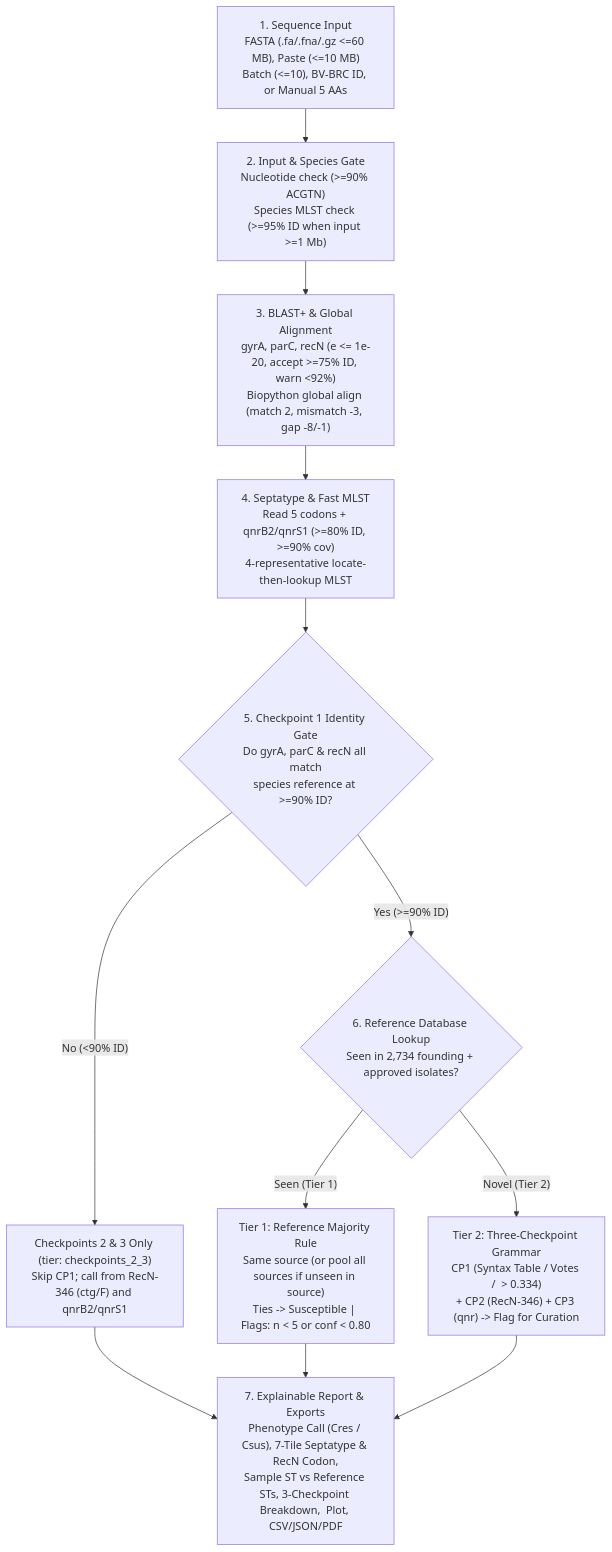
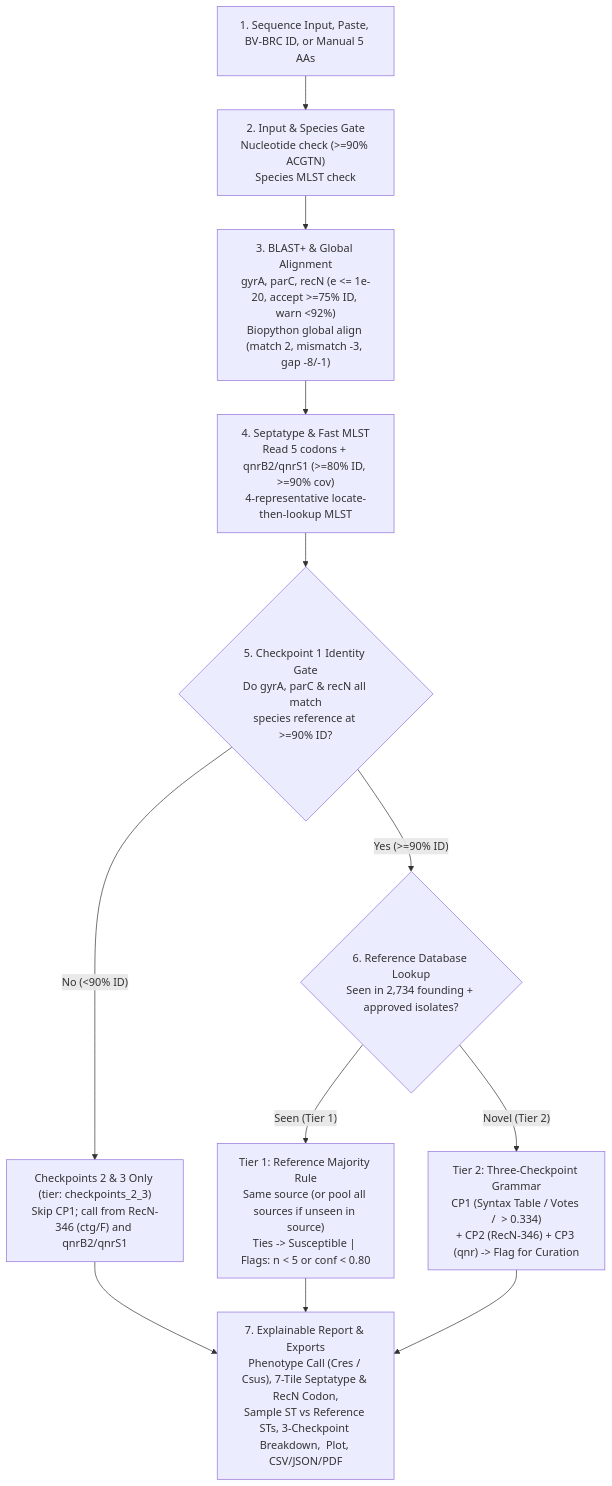
Before and after one commit to ikbalsk/Septatyper: the first of 3 diagrams in readme.md, drawn with Mermaid.

Commit message:
Refine sequence input descriptions in README
Updated sequence input descriptions for clarity.

````diff
--- a/readme.md
+++ b/readme.md
@@ -86,14 +86,14 @@
 ```mermaid
 flowchart TD
-    A["1. Sequence Input<br/>FASTA (.fa/.fna/.gz <=60 MB), Paste (<=10 MB)<br/>Batch (<=10), BV-BRC ID, or Manual 5 AAs"] --> B["2. Input & Species Gate<br/>Nucleotide check (>=90% ACGTN)<br/>Species MLST check (>=95% ID when input >=1 Mb)"]
+    A["1. Sequence Input, Paste, BV-BRC ID, or Manual 5 AAs"] --> B["2. Input & Species Gate<br/>Nucleotide check (>=90% ACGTN)<br/>Species MLST check"]
     B --> C["3. BLAST+ & Global Alignment<br/>gyrA, parC, recN (e <= 1e-20, accept >=75% ID, warn <92%)<br/>Biopython global align (match 2, mismatch -3, gap -8/-1)"]
     C --> D["4. Septatype & Fast MLST<br/>Read 5 codons + qnrB2/qnrS1 (>=80% ID, >=90% cov)<br/>4-representative locate-then-lookup MLST"]
     D --> E{"5. Checkpoint 1 Identity Gate<br/>Do gyrA, parC & recN all match<br/>species reference at >=90% ID?"}
     E -- "No (<90% ID)" --> F["Checkpoints 2 & 3 Only (tier: checkpoints_2_3)<br/>Skip CP1; call from RecN-346 (ctg/F) and qnrB2/qnrS1"]
     E -- "Yes (>=90% ID)" --> G{"6. Reference Database Lookup<br/>Seen in 2,734 founding + approved isolates?"}
     G -- "Seen (Tier 1)" --> H["Tier 1: Reference Majority Rule<br/>Same source (or pool all sources if unseen in source)<br/>Ties -> Susceptible | Flags: n < 5 or conf < 0.80"]
     G -- "Novel (Tier 2)" --> I["Tier 2: Three-Checkpoint Grammar<br/>CP1 (Syntax Table / Votes / <H> > 0.334)<br/>+ CP2 (RecN-346) + CP3 (qnr) -> Flag for Curation"]
     F --> J["7. Explainable Report & Exports<br/>Phenotype Call (Cres / Csus), 7-Tile Septatype & RecN Codon,<br/>Sample ST vs Reference STs, 3-Checkpoint Breakdown, <H> Plot, CSV/JSON/PDF"]
     H --> J
     I --> J
 ```
````
